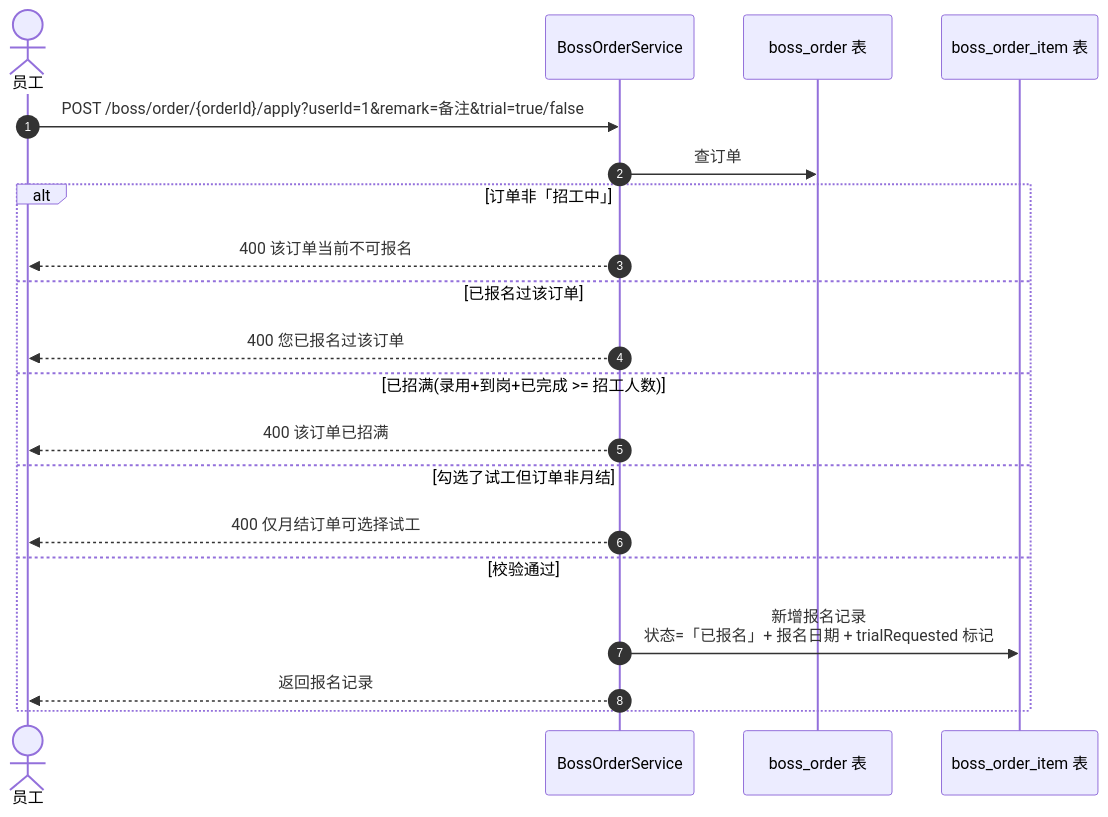
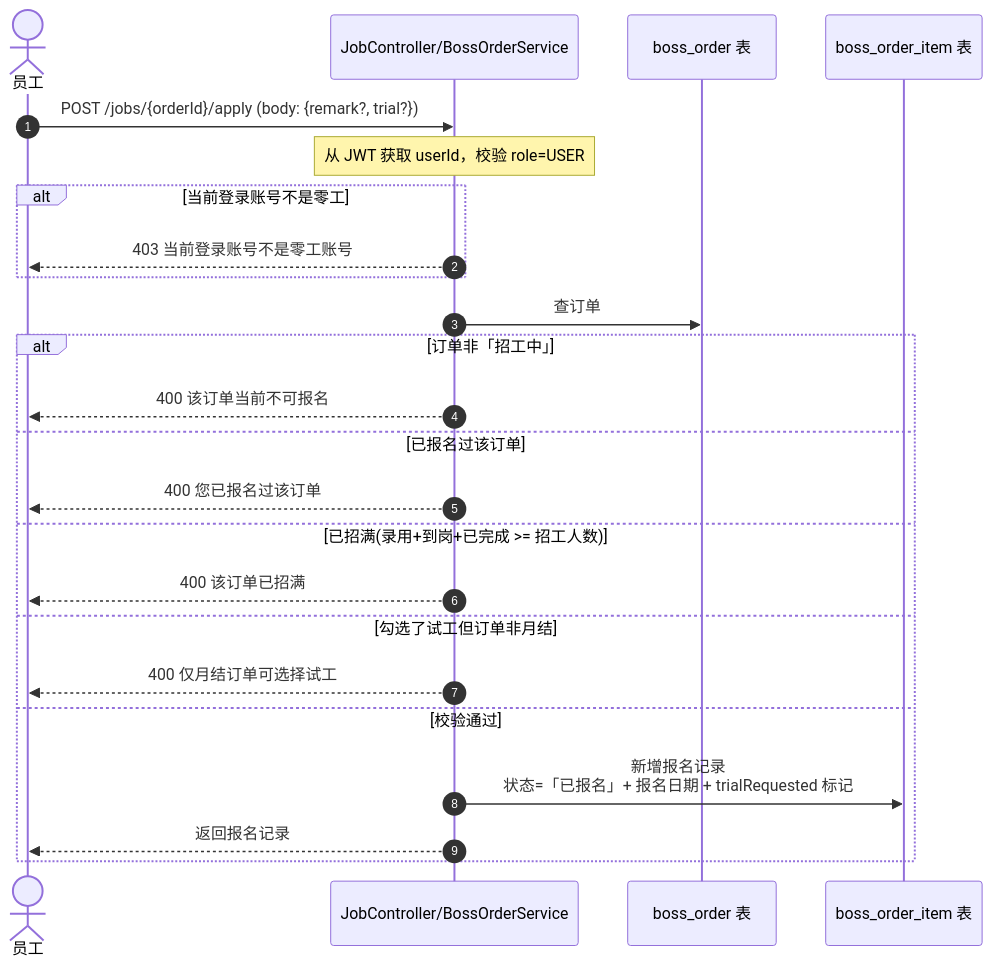
Before and after one commit to liuli-eng/Kuaima: diagram 12 of 28 in kuaima_backend/FLOW.md, drawn with Mermaid. The commit also changed other lines of this file and 33 other files, not shown here.

````diff
--- a/kuaima_backend/FLOW.md
+++ b/kuaima_backend/FLOW.md
@@ -266,23 +318,27 @@
 ```mermaid
 sequenceDiagram
     autonumber
     actor E as 员工
-    participant BE as BossOrderService
+    participant BE as JobController/BossOrderService
     participant DB as boss_order 表
     participant DB2 as boss_order_item 表
 
-    E->>BE: POST /boss/order/{orderId}/apply?userId=1&remark=备注&trial=true/false
+    E->>BE: POST /jobs/{orderId}/apply (body: {remark?, trial?})
+    Note over BE: 从 JWT 获取 userId，校验 role=USER
+    alt 当前登录账号不是零工
+        BE-->>E: 403 当前登录账号不是零工账号
+    end
     BE->>DB: 查订单
     alt 订单非「招工中」
         BE-->>E: 400 该订单当前不可报名
     else 已报名过该订单
         BE-->>E: 400 您已报名过该订单
     else 已招满(录用+到岗+已完成 >= 招工人数)
         BE-->>E: 400 该订单已招满
     else 勾选了试工但订单非月结
         BE-->>E: 400 仅月结订单可选择试工
     else 校验通过
         BE->>DB2: 新增报名记录<br/>状态=「已报名」+ 报名日期 + trialRequested 标记
         BE-->>E: 返回报名记录
     end
 ```
````
